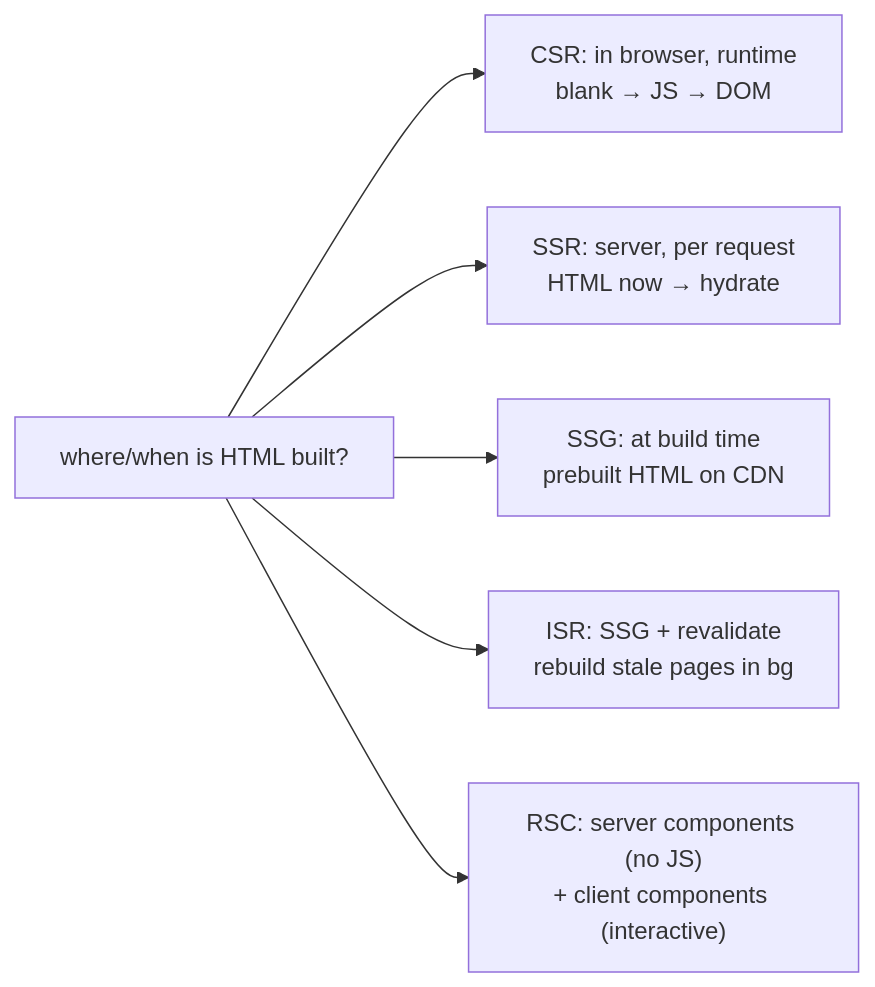
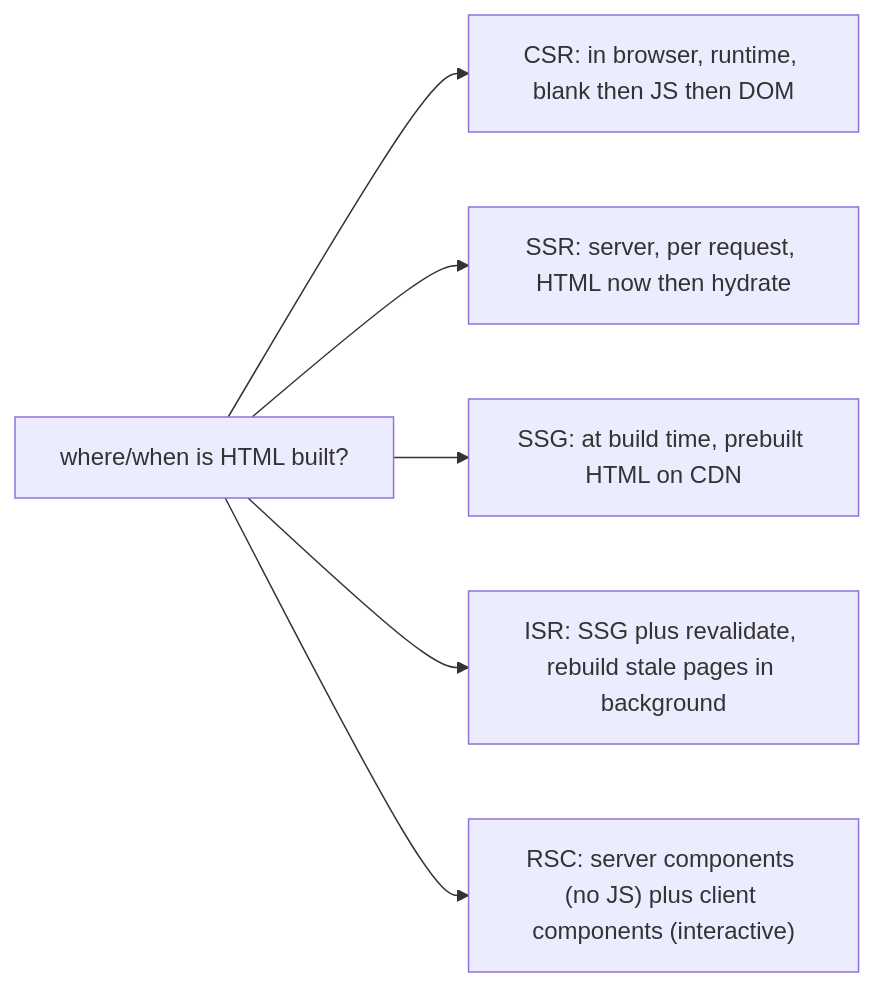
Before and after one commit to ashishxcode/frontend-internals: the diagram in packages/content/content/19-rendering-strategies.mdx, drawn with Mermaid. The commit also changed other lines of this file and 29 other files, not shown here.

Commit message:
rewrite: roadmap engineer-to-engineer + all 34 chapters new spec

````diff
--- a/packages/content/content/19-rendering-strategies.mdx
+++ b/packages/content/content/19-rendering-strategies.mdx
@@ -60,8 +28,8 @@
 ```mermaid
 flowchart LR
-  q["where/when is HTML built?"] --> csr["CSR: in browser, runtime<br/>blank → JS → DOM"]
-  q --> ssr["SSR: server, per request<br/>HTML now → hydrate"]
-  q --> ssg["SSG: at build time<br/>prebuilt HTML on CDN"]
-  q --> isr["ISR: SSG + revalidate<br/>rebuild stale pages in bg"]
-  q --> rsc["RSC: server components (no JS)<br/>+ client components (interactive)"]
+  q["where/when is HTML built?"] --> csr["CSR: in browser, runtime, blank then JS then DOM"]
+  q --> ssr["SSR: server, per request, HTML now then hydrate"]
+  q --> ssg["SSG: at build time, prebuilt HTML on CDN"]
+  q --> isr["ISR: SSG plus revalidate, rebuild stale pages in background"]
+  q --> rsc["RSC: server components (no JS) plus client components (interactive)"]
 ```
````
